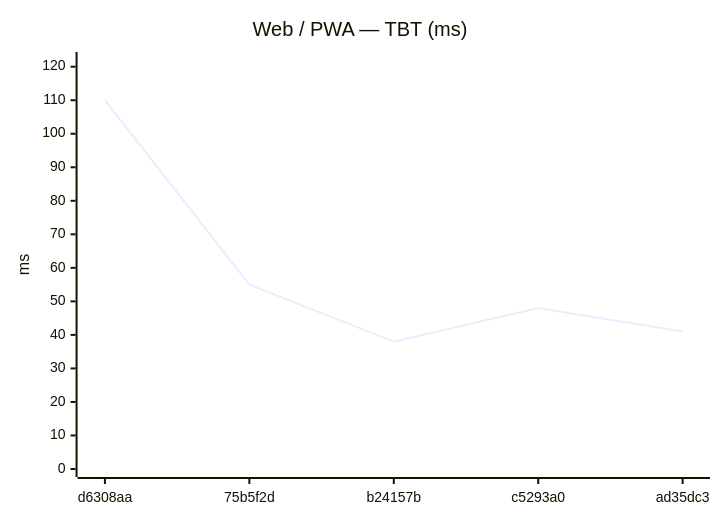
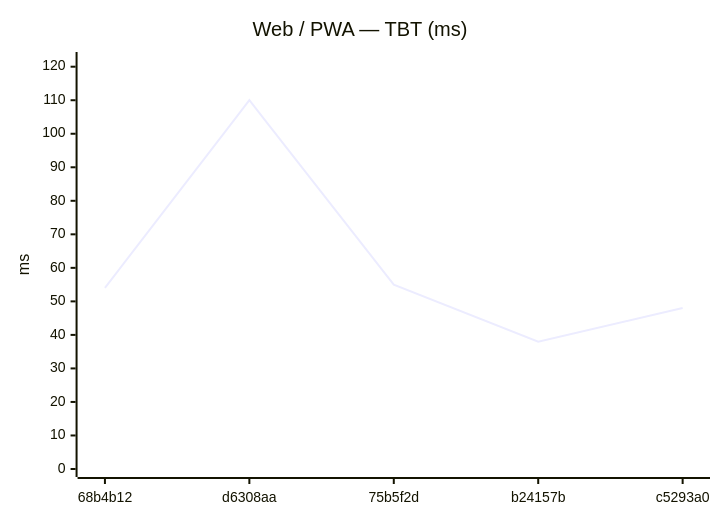
Before and after one commit to Metaheurist/Rianell: the tenth of 24 diagrams in benchmarks/compare.md, drawn with Mermaid. The commit also changed other lines of this file and 14 other files, not shown here.

````diff
--- a/benchmarks/compare.md
+++ b/benchmarks/compare.md
@@ -151,7 +151,7 @@
 ```mermaid
 xychart-beta
     title "Web / PWA — TBT (ms)"
-    x-axis ["d6308aa", "75b5f2d", "b24157b", "c5293a0", "ad35dc3"]
+    x-axis ["68b4b12", "d6308aa", "75b5f2d", "b24157b", "c5293a0"]
     y-axis "ms" 0 --> 122
-    line [110, 55, 38, 48, 41]
+    line [54, 110, 55, 38, 48]
 ```
````
